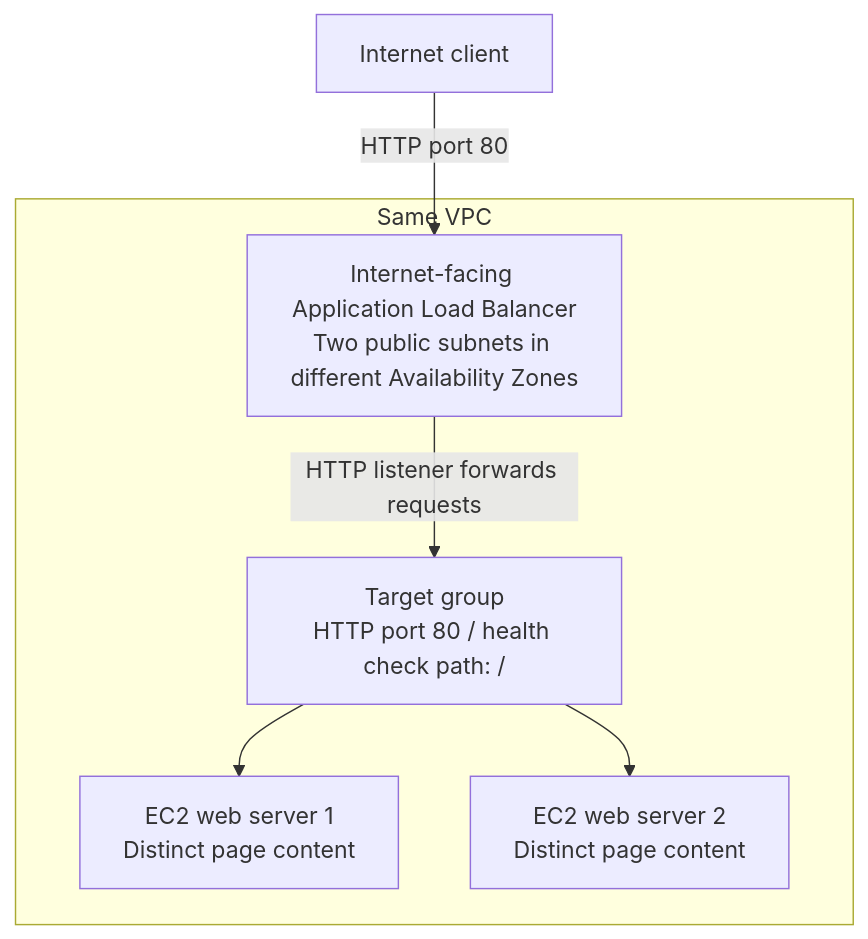
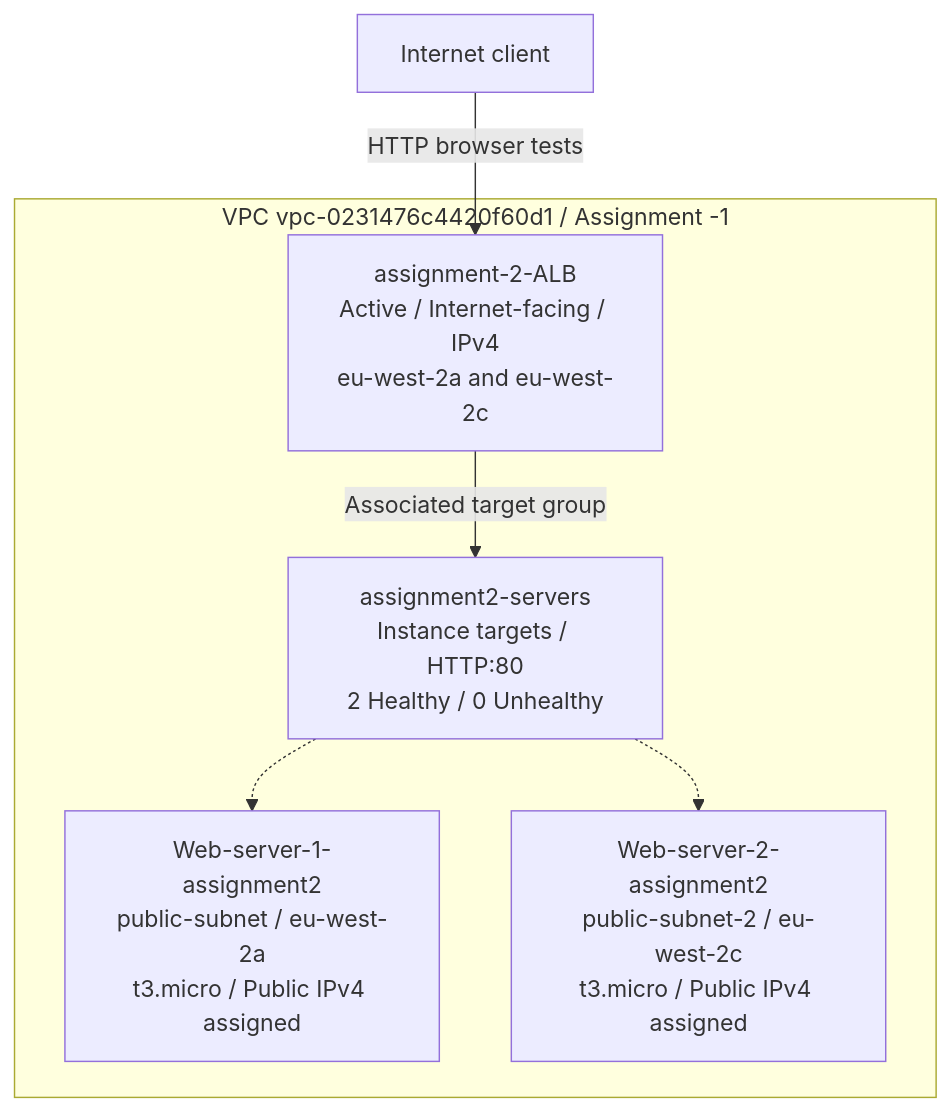
The diagram in aws-assignments/aws-alb-assignment/evidence/README.md (Abdullahi909/devops-learning), drawn with Mermaid before and after one commit. The commit also changed other lines of this file and 7 other files, not shown here.

````diff
--- a/aws-assignments/aws-alb-assignment/evidence/README.md
+++ b/aws-assignments/aws-alb-assignment/evidence/README.md
@@ -17,10 +17,10 @@
 ```mermaid
 flowchart TD
-    Client[Internet client] -->|HTTP port 80| ALB
-    subgraph VPC[Same VPC]
-        ALB[Internet-facing Application Load Balancer<br/>Two public subnets in different Availability Zones]
-        ALB -->|HTTP listener forwards requests| TG[Target group<br/>HTTP port 80 / health check path: /]
-        TG --> EC2A[EC2 web server 1<br/>Distinct page content]
-        TG --> EC2B[EC2 web server 2<br/>Distinct page content]
+    Client[Internet client] -->|HTTP browser tests| ALB
+    subgraph VPC["VPC vpc-0231476c4420f60d1 / Assignment -1"]
+        ALB["assignment-2-ALB<br/>Active / Internet-facing / IPv4<br/>eu-west-2a and eu-west-2c"]
+        ALB -->|Associated target group| TG["assignment2-servers<br/>Instance targets / HTTP:80<br/>2 Healthy / 0 Unhealthy"]
+        TG -.-> EC2A["Web-server-1-assignment2<br/>public-subnet / eu-west-2a<br/>t3.micro / Public IPv4 assigned"]
+        TG -.-> EC2B["Web-server-2-assignment2<br/>public-subnet-2 / eu-west-2c<br/>t3.micro / Public IPv4 assigned"]
     end
 ```
````
